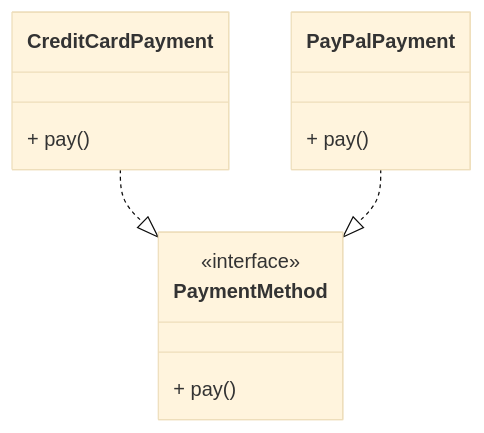
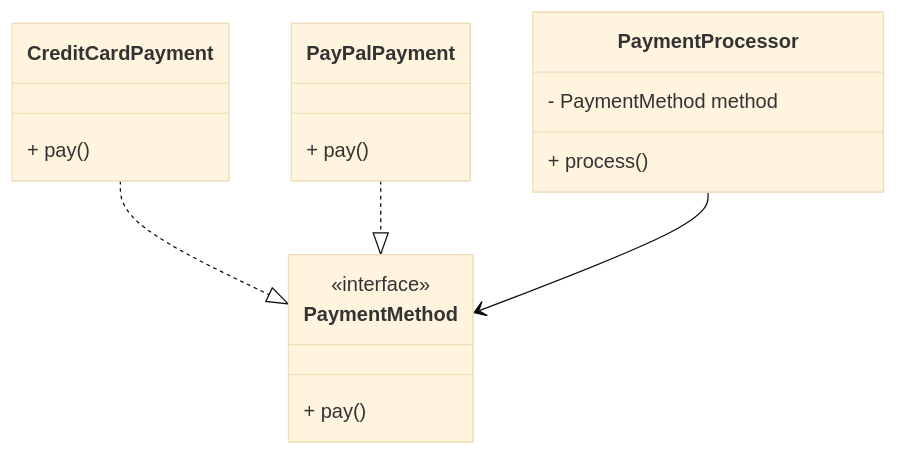
The fourth of 19 diagrams in 06-PARTIE4-JAVA/01-Java – Modélisation Objet et Principes SOLID.md (hrhouma1/Programmation-objet-2), drawn with Mermaid (base theme) before and after one commit. The commit also changed other lines of this file, not shown here.

````diff
--- a/06-PARTIE4-JAVA/01-Java – Modélisation Objet et Principes SOLID.md
+++ b/06-PARTIE4-JAVA/01-Java – Modélisation Objet et Principes SOLID.md
@@ -139,15 +302,24 @@
 ```mermaid
 classDiagram
     class PaymentMethod {
         <<interface>>
         + pay()
     }
+
     class CreditCardPayment {
         + pay()
     }
+
     class PayPalPayment {
         + pay()
     }
+
+    class PaymentProcessor {
+        - PaymentMethod method
+        + process()
+    }
+
     CreditCardPayment ..|> PaymentMethod
     PayPalPayment ..|> PaymentMethod
+    PaymentProcessor --> PaymentMethod
 ```
````
